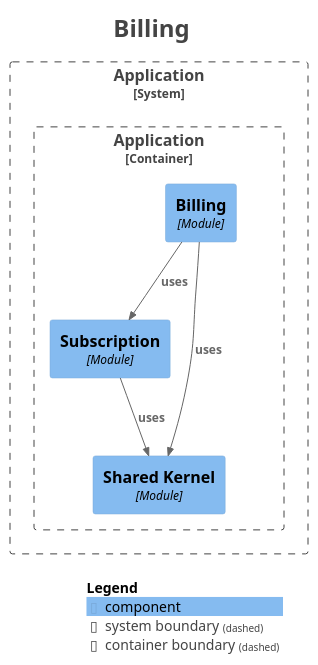
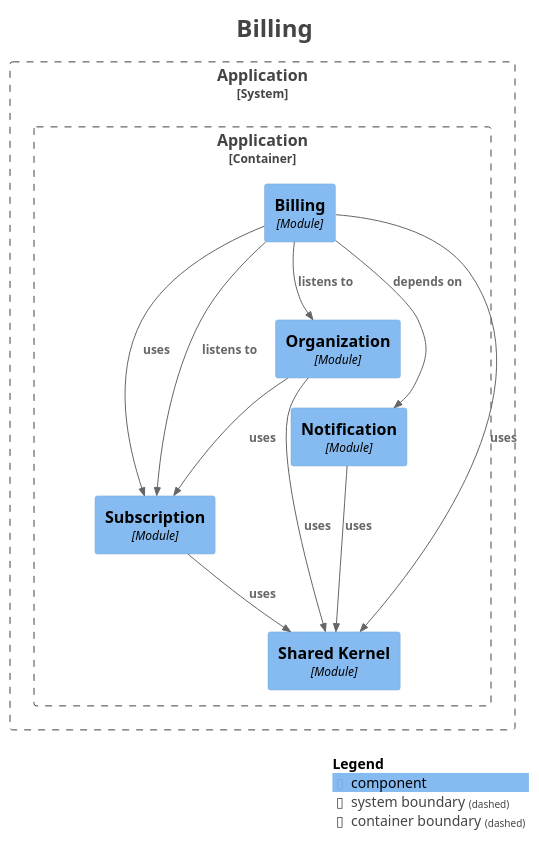
The diagram in docs/modulith/module-billing.puml (Paul-Ayesiga/enterprise-modulith-template), drawn with PlantUML before and after one commit. The commit also changed 30 other files, not shown here.

First line of the commit message:
docs(MUST): api-guide + system-diagram for every overnight slice; spec re-filed

```diff
--- a/docs/modulith/module-billing.puml
+++ b/docs/modulith/module-billing.puml
@@ -1,33 +1,41 @@
 @startuml
 title <size:24>Billing</size>
 
 set separator none
 top to bottom direction
 
 <style>
   root {
     BackgroundColor: #ffffff
     FontColor: #444444
   }
 </style>
 
 !include <C4/C4>
 !include <C4/C4_Context>
 !include <C4/C4_Component>
 
 System_Boundary("Application_boundary", "Application", $tags="") {
   Container_Boundary("Application.Application_boundary", "Application", $tags="") {
     Component(Application.Application.Subscription, "Subscription", $techn="Module", $descr="", $tags="", $link="")
+    Component(Application.Application.Notification, "Notification", $techn="Module", $descr="", $tags="", $link="")
+    Component(Application.Application.Organization, "Organization", $techn="Module", $descr="", $tags="", $link="")
     Component(Application.Application.Billing, "Billing", $techn="Module", $descr="", $tags="", $link="")
     Component(Application.Application.SharedKernel, "Shared Kernel", $techn="Module", $descr="", $tags="", $link="")
   }
 
 }
 
+Rel(Application.Application.Organization, Application.Application.SharedKernel, "uses", $techn="", $tags="", $link="")
+Rel(Application.Application.Organization, Application.Application.Subscription, "uses", $techn="", $tags="", $link="")
+Rel(Application.Application.Subscription, Application.Application.SharedKernel, "uses", $techn="", $tags="", $link="")
+Rel(Application.Application.Notification, Application.Application.SharedKernel, "uses", $techn="", $tags="", $link="")
+Rel(Application.Application.Billing, Application.Application.Subscription, "listens to", $techn="", $tags="", $link="")
+Rel(Application.Application.Billing, Application.Application.Organization, "listens to", $techn="", $tags="", $link="")
+Rel(Application.Application.Billing, Application.Application.Notification, "depends on", $techn="", $tags="", $link="")
 Rel(Application.Application.Billing, Application.Application.Subscription, "uses", $techn="", $tags="", $link="")
 Rel(Application.Application.Billing, Application.Application.SharedKernel, "uses", $techn="", $tags="", $link="")
-Rel(Application.Application.Subscription, Application.Application.SharedKernel, "uses", $techn="", $tags="", $link="")
 
 SHOW_LEGEND(true)
 hide stereotypes
 @enduml
```
